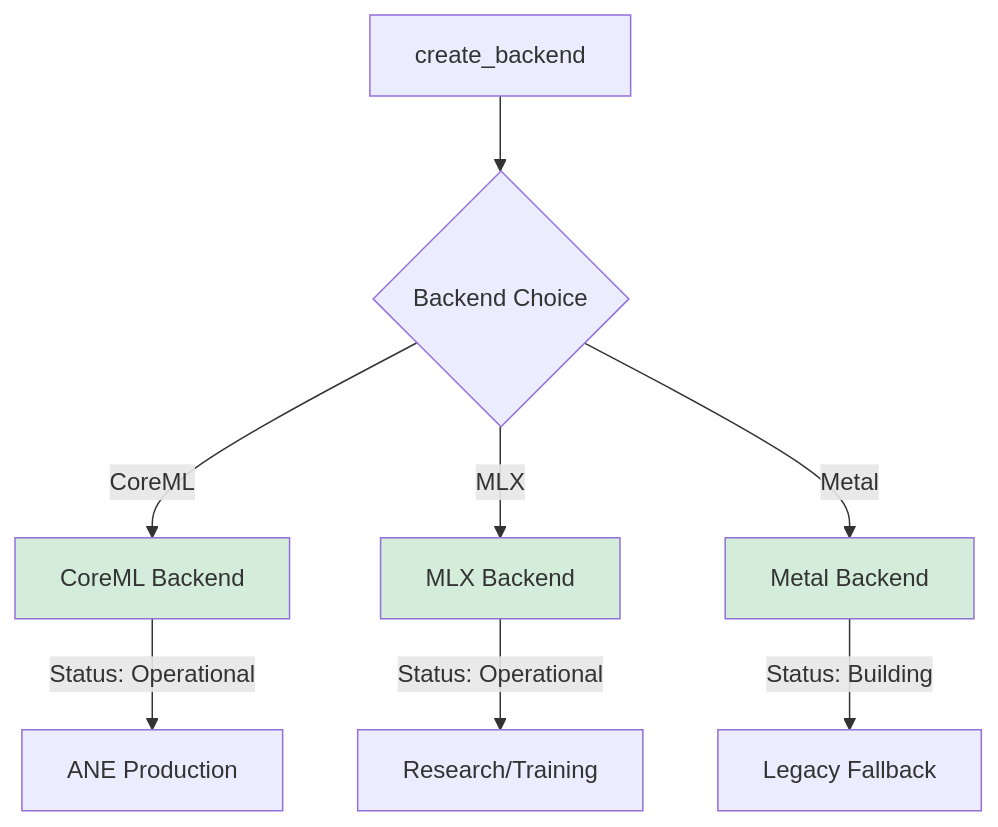
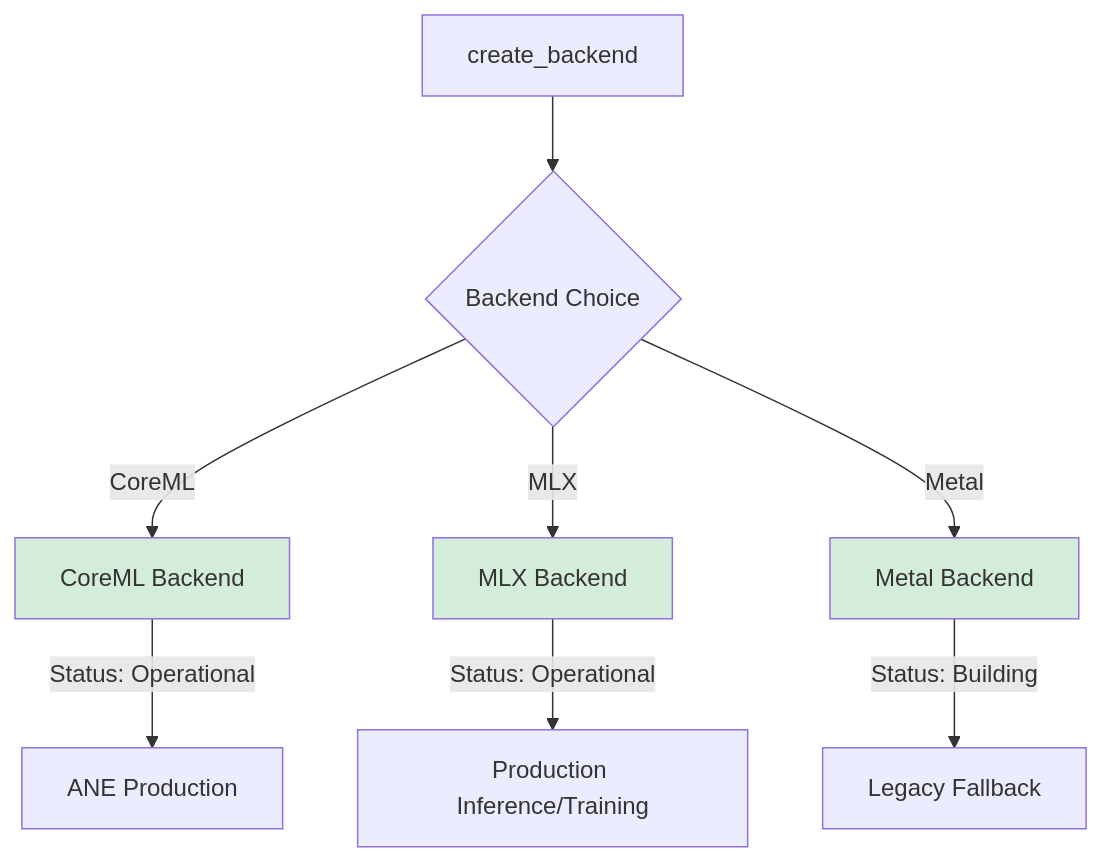
One commit to rogu3bear/adapter-os changed the diagram in docs/COREML_INTEGRATION.md. Above: the diagram before and after it, drawn with Mermaid. The commit also changed other lines of this file and 28 other files, not shown here.

````diff
--- a/docs/COREML_INTEGRATION.md
+++ b/docs/COREML_INTEGRATION.md
@@ -1890,14 +1890,14 @@
 ```mermaid
 flowchart TD
     A[create_backend] --> B{Backend Choice}
     B -->|CoreML| C[CoreML Backend]
     B -->|MLX| D[MLX Backend]
     B -->|Metal| E[Metal Backend]
     C -->|Status: Operational| F[ANE Production]
-    D -->|Status: Operational| G[Research/Training]
+    D -->|Status: Operational| G[Production Inference/Training]
     E -->|Status: Building| H[Legacy Fallback]
 
     style C fill:#d4edda
     style D fill:#d4edda
     style E fill:#d4edda
 ```
````
